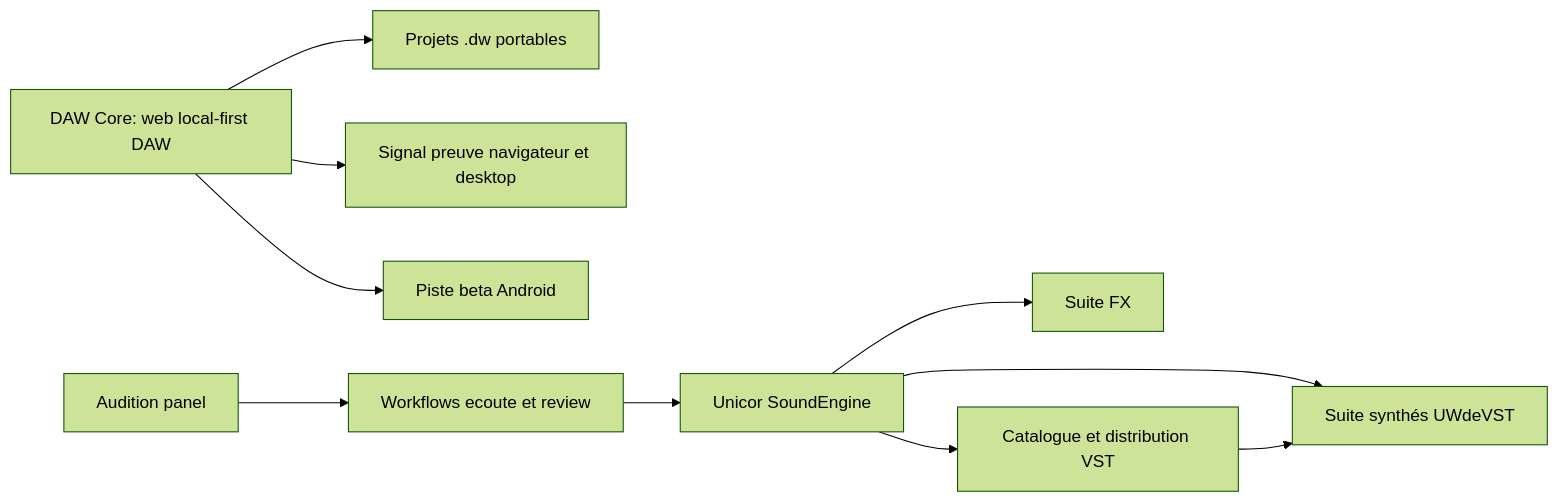
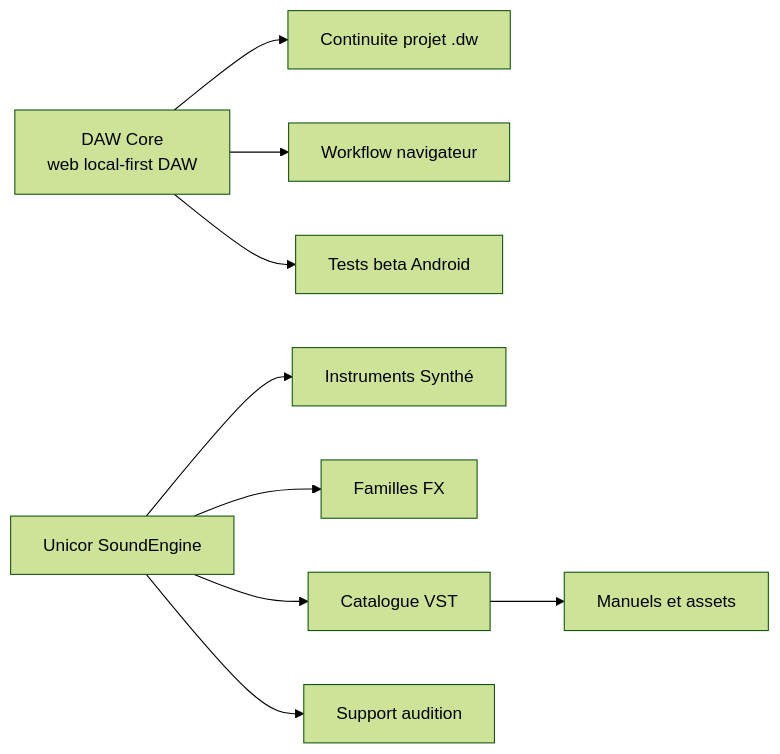
One commit to charli-dev420/presentation-projet-music changed the second of 2 diagrams in docs/project-map.md. Above: the diagram before and after it, drawn with Mermaid (forest theme). The commit also changed other lines of this file and 28 other files, not shown here.

````diff
--- a/docs/project-map.md
+++ b/docs/project-map.md
@@ -66,12 +71,11 @@
 ```mermaid
 flowchart LR
-    A[DAW Core: web local-first DAW] --> B[Projets .dw portables]
-    A --> C[Signal preuve navigateur et desktop]
-    A --> D[Piste beta Android]
-    E[Unicor SoundEngine] --> F[Suite synthés UWdeVST]
-    E --> G[Suite FX]
-    E --> H[Catalogue et distribution VST]
-    I[Audition panel] --> J[Workflows ecoute et review]
-    H --> F
-    J --> E
+    A["DAW Core<br/>web local-first DAW"] --> B["Continuite projet .dw"]
+    A --> C["Workflow navigateur"]
+    A --> D["Tests beta Android"]
+    E["Unicor SoundEngine"] --> F["Instruments Synthé"]
+    E --> G["Familles FX"]
+    E --> H["Catalogue VST"]
+    E --> I["Support audition"]
+    H --> J["Manuels et assets"]
 ```
````
